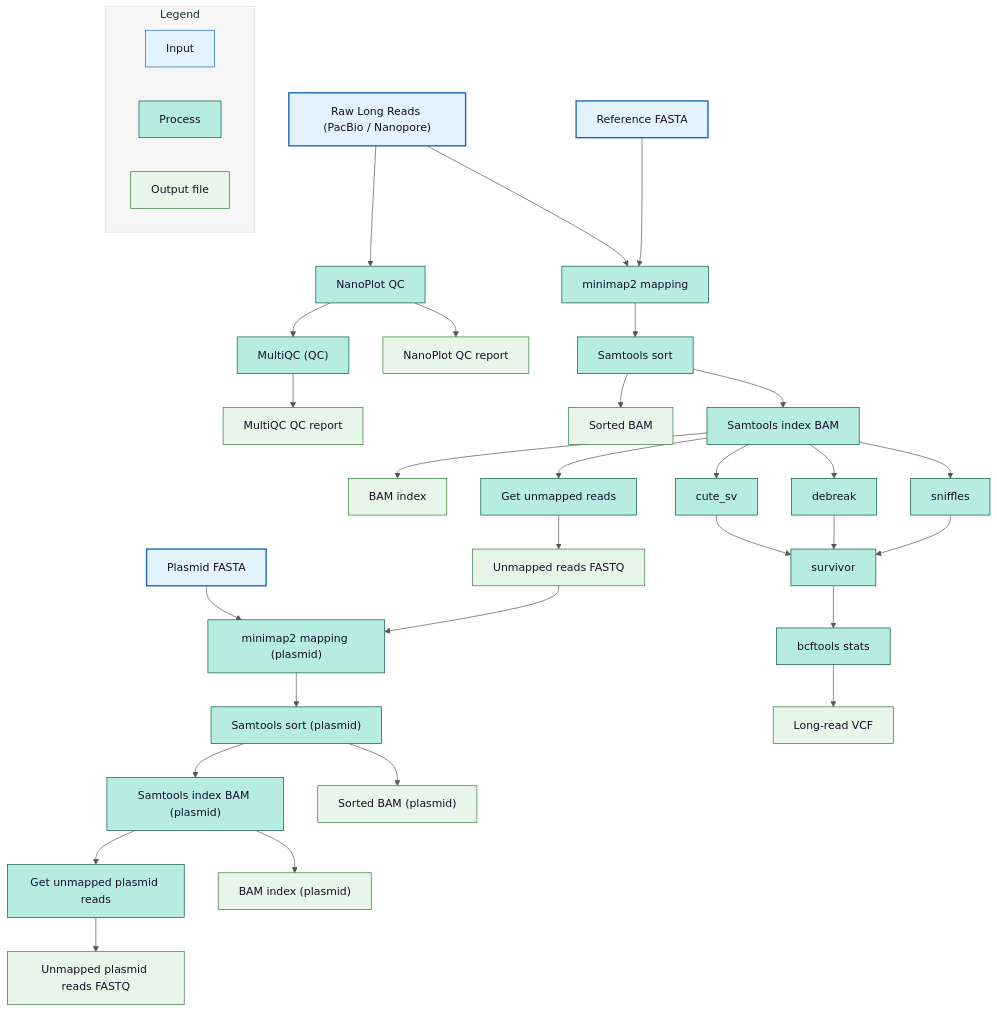
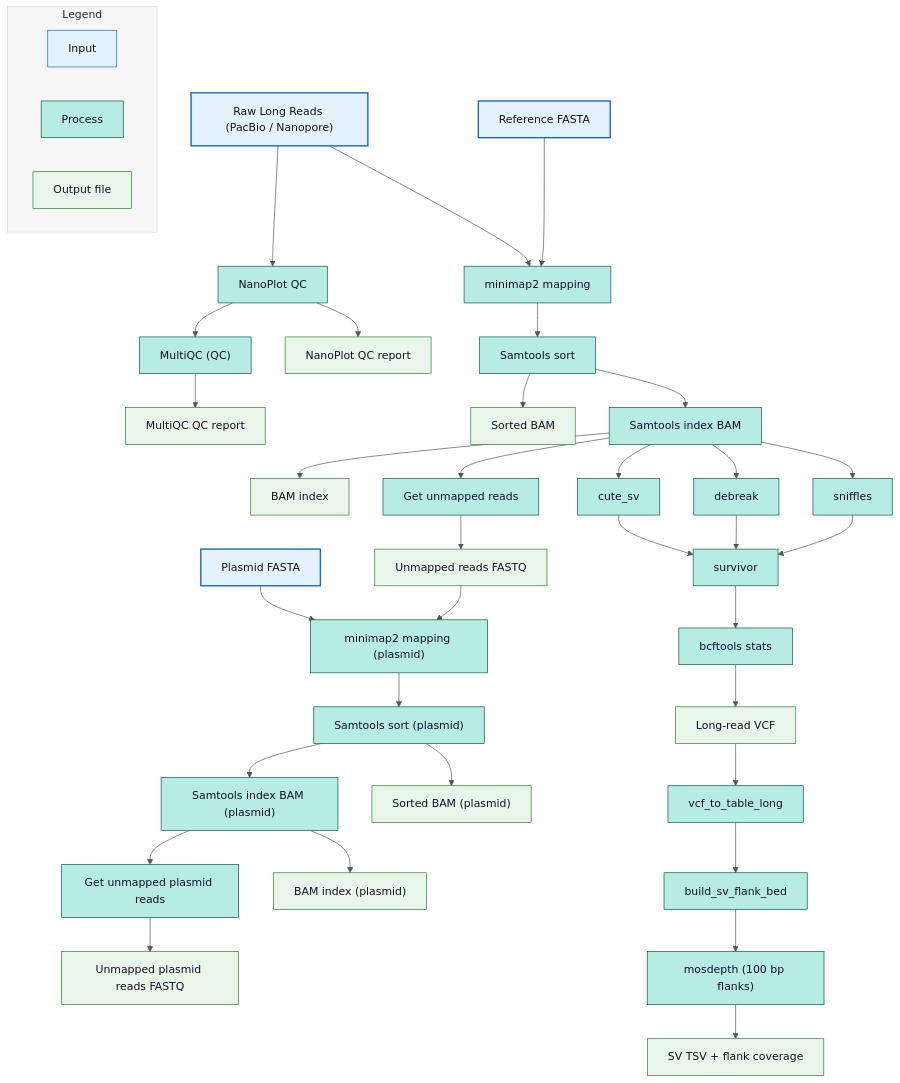
The diagram in docs/outputs/long-reads.md (denisHanch/efsa_pipeline), drawn with Mermaid before and after one commit. The commit also changed other lines of this file and 11 other files, not shown here.

Commit message:
EFSA-247: mosdepth added to calculate coverage around the event

```diff
--- a/docs/outputs/long-reads.md
+++ b/docs/outputs/long-reads.md
@@ -75,12 +75,17 @@
 SNIFFLES["sniffles"]
 SURVIVOR["survivor"]
 BCFTOOLS_STATS["bcftools stats"]
+VCF2TABLE_LONG["vcf_to_table_long"]
+BUILD_BED_LONG["build_sv_flank_bed"]
+MOSDEPTH_LONG["mosdepth (100 bp flanks)"]
+SV_TSV_LONG["SV TSV + flank coverage"]:::output
 LONG_VCF["Long-read VCF"]:::output
 
 BAM_IDX --> CUTE_SV --> SURVIVOR
 BAM_IDX --> DEBREAK --> SURVIVOR
 BAM_IDX --> SNIFFLES --> SURVIVOR
 SURVIVOR --> BCFTOOLS_STATS --> LONG_VCF
+LONG_VCF --> VCF2TABLE_LONG --> BUILD_BED_LONG --> MOSDEPTH_LONG --> SV_TSV_LONG
 
 %% ===== STYLING =====
 classDef input fill:#E3F2FD,stroke:#1565C0
```
